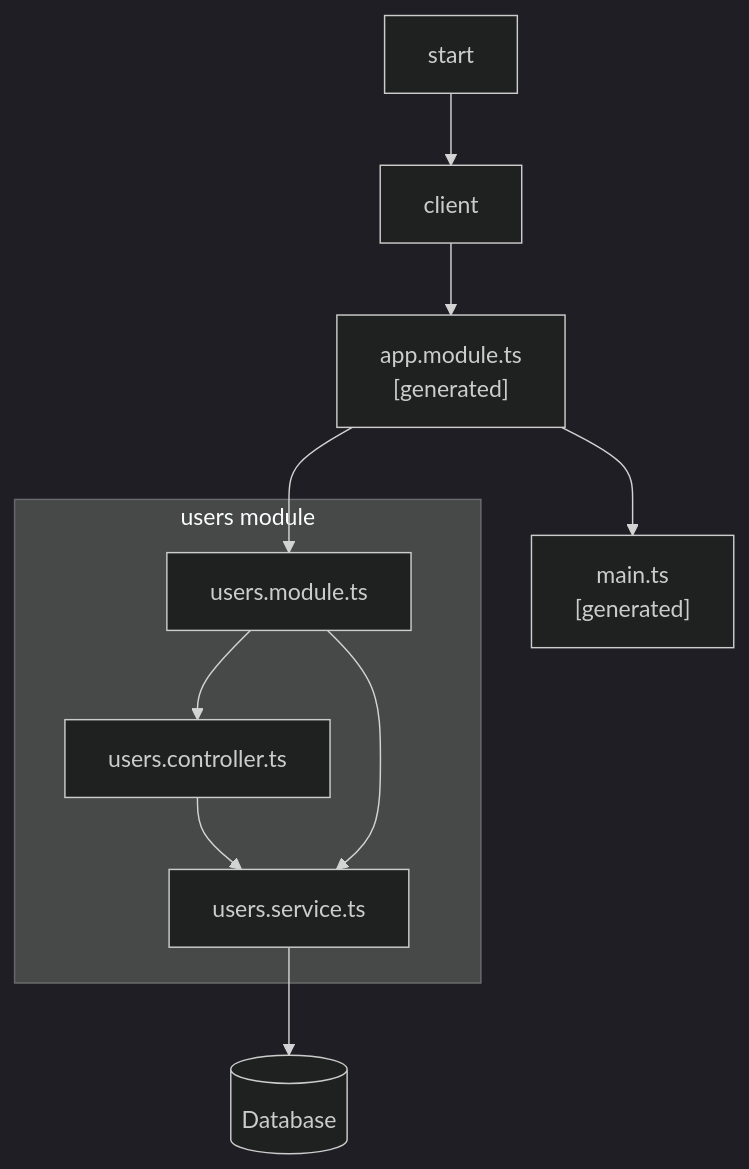
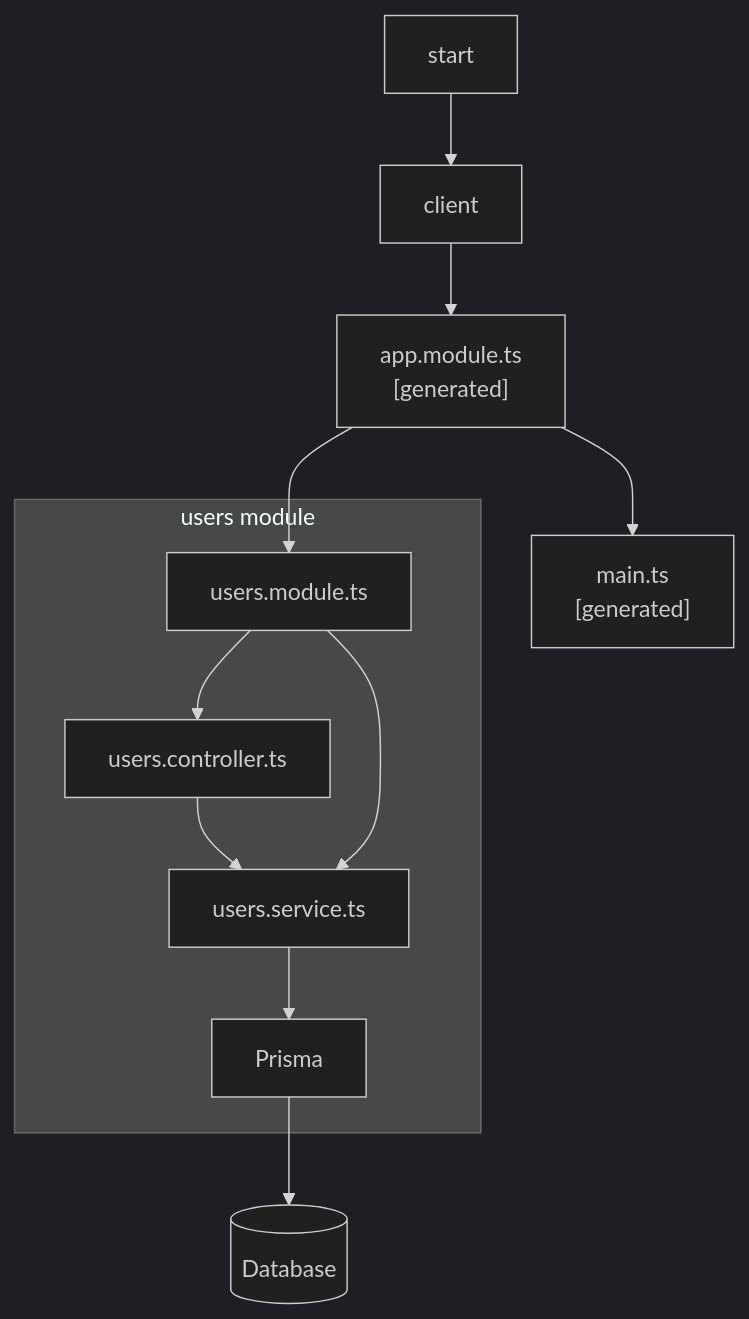
One commit to danny-yamamoto/zenn-docs changed the diagram in articles/7e5fd225cc8041.md. Above: the diagram before and after it, drawn with Mermaid (dark theme). The commit also changed other lines of this file, not shown here.

````diff
--- a/articles/7e5fd225cc8041.md
+++ b/articles/7e5fd225cc8041.md
@@ -63,21 +63,23 @@
 ```mermaid
 flowchart TD
     app_module["app.module.ts
     [generated]"]
     sample_module["users.module.ts"]
     main["main.ts
     [generated]"]
     sample_controller["users.controller.ts"]
     sample_service["users.service.ts"]
     db1[(Database)]
+    orm["Prisma"]
     start --> client
     client --> app_module
     app_module --> main
     app_module --> sample_module
-    sample_service --> db1
+    orm --> db1
     subgraph sample["users module"]
         sample_module --> sample_controller
         sample_controller --> sample_service
         sample_module --> sample_service
+        sample_service --> orm
     end
 ```
````
